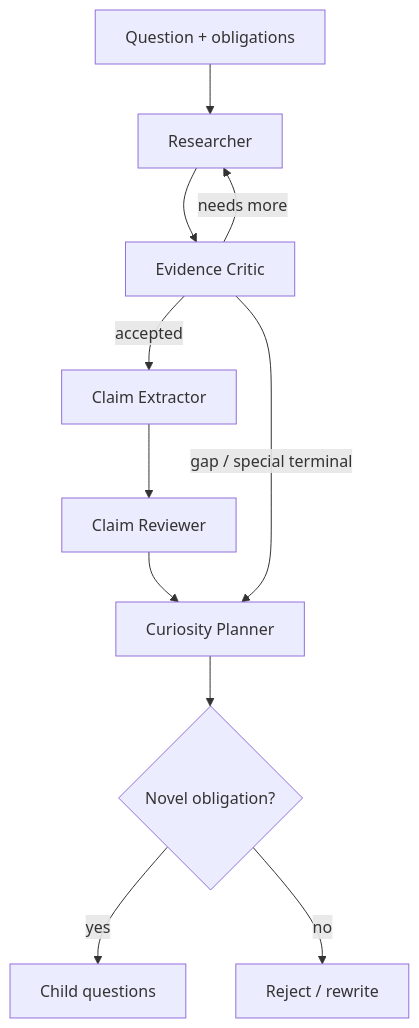
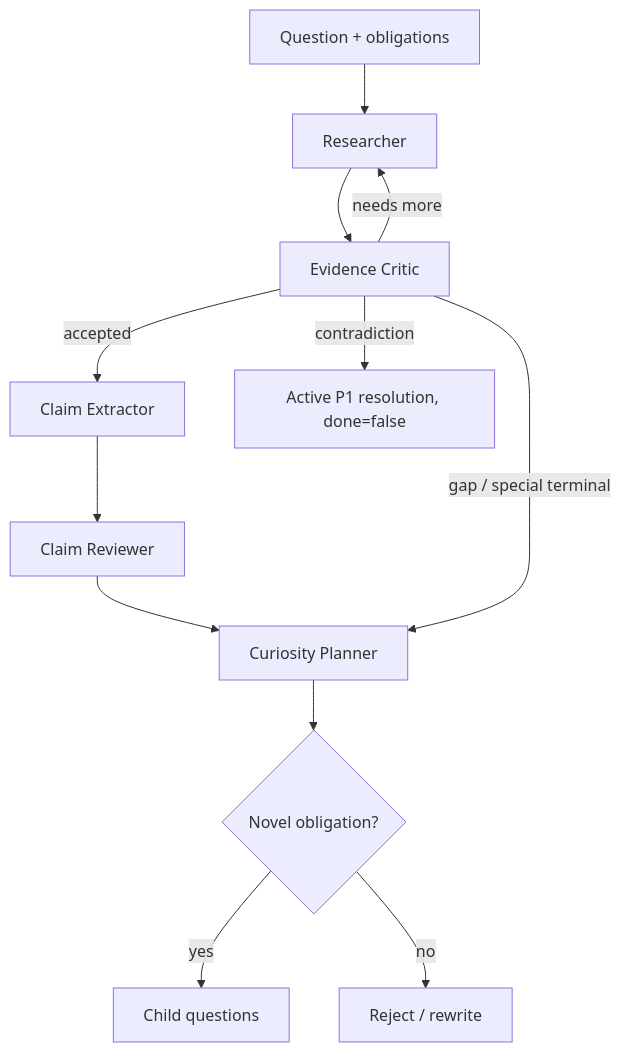
One commit to ultradyn/docs changed the second of 2 diagrams in docs/architecture/automatic-ingestion-v3.md. Above: the diagram before and after it, drawn with Mermaid.

Commit message:
docs(ingest): add contradiction-to-P1 bypass to split-role diagram (ADR 0005 C9)

````diff
--- a/docs/architecture/automatic-ingestion-v3.md
+++ b/docs/architecture/automatic-ingestion-v3.md
@@ -24,13 +24,14 @@
 ```mermaid
 flowchart TB
   Q[Question + obligations] --> R[Researcher]
   R --> EC[Evidence Critic]
   EC -->|needs more| R
   EC -->|accepted| CE[Claim Extractor]
   CE --> CR[Claim Reviewer]
   CR --> CP[Curiosity Planner]
   EC -->|gap / special terminal| CP
+  EC -->|contradiction| P1[Active P1 resolution, done=false]
   CP --> NG{Novel obligation?}
   NG -->|yes| Children[Child questions]
   NG -->|no| Reject[Reject / rewrite]
 ```
````
